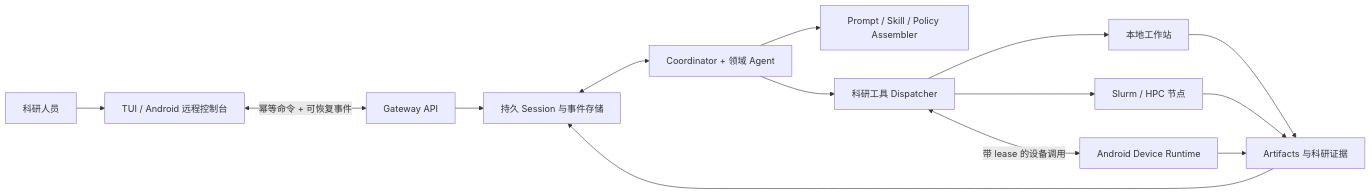
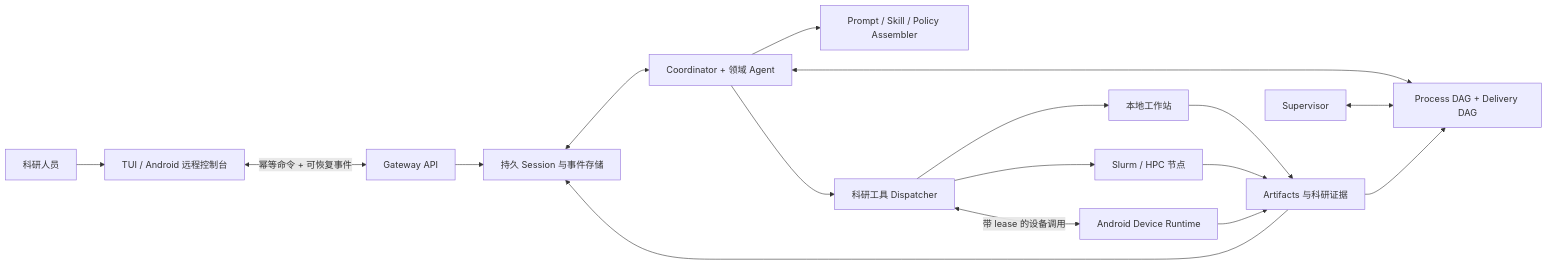
Before and after one commit to jiajia-jun/Cloudra-mechanism-agent: the diagram in README_CN.md, drawn with Mermaid. The commit also changed other lines of this file and 1 other file, not shown here.

Commit message:
docs(readme): 以证据图 novelty 与臭氧化端到端案例为主线重写中英 README

````diff
--- a/README_CN.md
+++ b/README_CN.md
@@ -49,16 +72,19 @@
 ```mermaid
 flowchart LR
     U["科研人员"] --> C["TUI / Android 远程控制台"]
     C <-->|"幂等命令 + 可恢复事件"| G["Gateway API"]
     G --> S["持久 Session 与事件存储"]
     S <--> A["Coordinator + 领域 Agent"]
     A --> P["Prompt / Skill / Policy Assembler"]
     A --> T["科研工具 Dispatcher"]
+    A <--> D2["Process DAG + Delivery DAG"]
+    SV["Supervisor"] <--> D2
     T --> L["本地工作站"]
     T --> H["Slurm / HPC 节点"]
     T <-->|"带 lease 的设备调用"| D["Android Device Runtime"]
     L --> R["Artifacts 与科研证据"]
     H --> R
     D --> R
+    R --> D2
     R --> S
 ```
````
